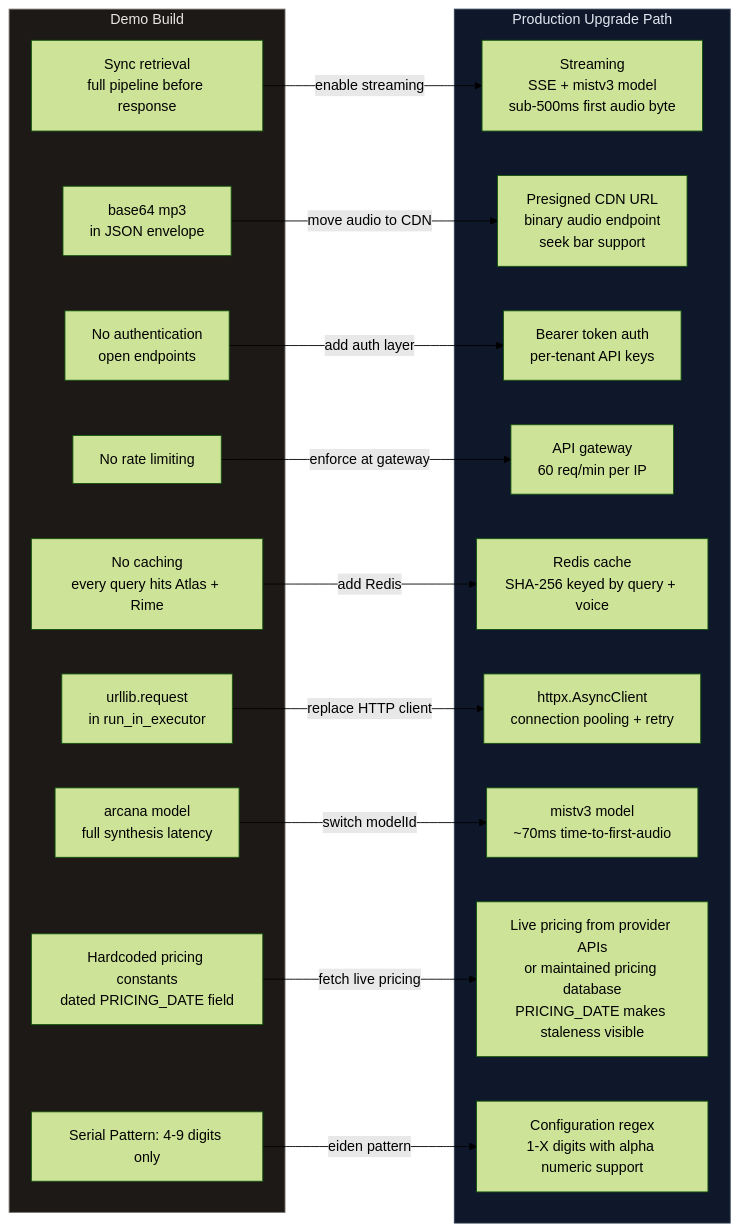
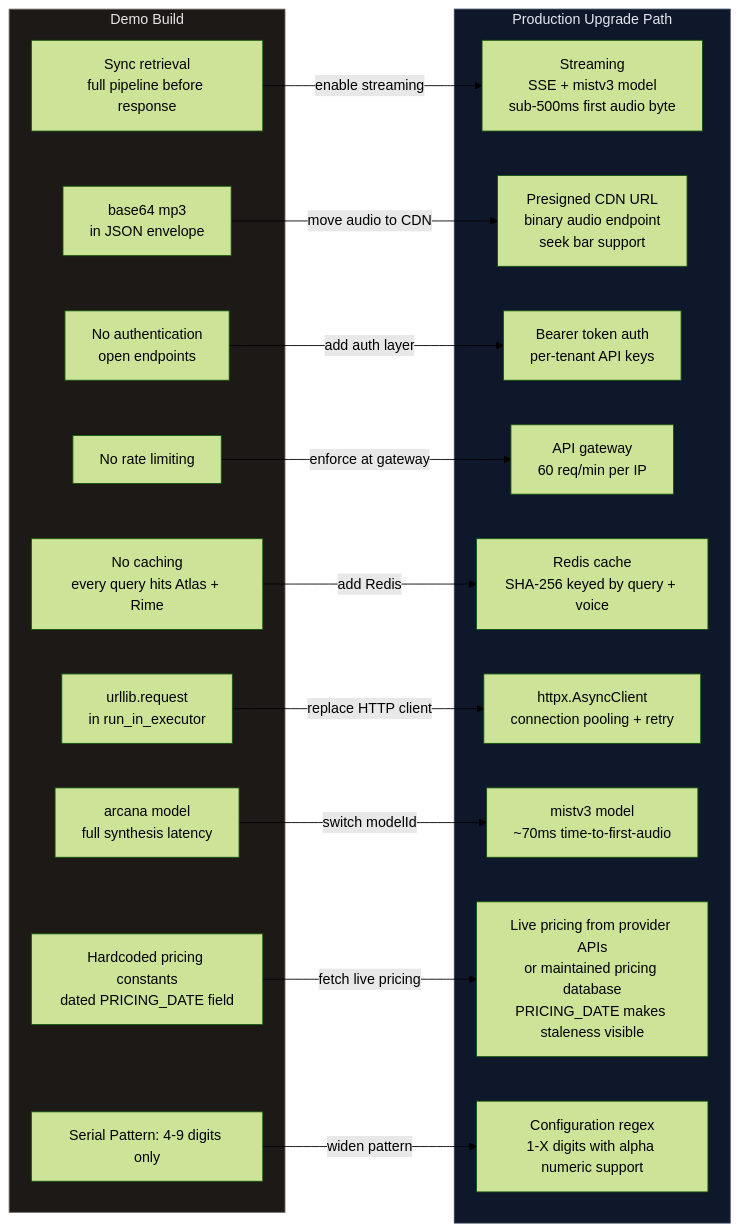
The fourth of 4 diagrams in ARCHITECTURE.md (kenwalger/abiqua-voice-rag), drawn with Mermaid (forest theme) before and after one commit.

Commit message:
Correct typo in ARCHITECTURE.md

````diff
--- a/ARCHITECTURE.md
+++ b/ARCHITECTURE.md
@@ -183,39 +183,39 @@
 ```mermaid
 flowchart LR
     subgraph Demo ["Demo Build"]
         D1[Sync retrieval\nfull pipeline before response]
         D2[base64 mp3\nin JSON envelope]
         D3[No authentication\nopen endpoints]
         D4[No rate limiting]
         D5[No caching\nevery query hits Atlas + Rime]
         D6[urllib.request\nin run_in_executor]
         D7[arcana model\nfull synthesis latency]
         D8[Hardcoded pricing constants\ndated PRICING_DATE field]
         D9[Serial Pattern: 4-9 digits only]
     end
 
     subgraph Production ["Production Upgrade Path"]
         P1[Streaming\nSSE + mistv3 model\nsub-500ms first audio byte]
         P2[Presigned CDN URL\nbinary audio endpoint\nseek bar support]
         P3[Bearer token auth\nper-tenant API keys]
         P4[API gateway\n60 req/min per IP]
         P5[Redis cache\nSHA-256 keyed by query + voice]
         P6[httpx.AsyncClient\nconnection pooling + retry]
         P7[mistv3 model\n~70ms time-to-first-audio]
         P8[Live pricing from provider APIs\nor maintained pricing database\nPRICING_DATE makes staleness visible]
         P9[Configuration regex\n1-X digits with alpha numeric support]
     end
 
     D1 -->|enable streaming| P1
     D2 -->|move audio to CDN| P2
     D3 -->|add auth layer| P3
     D4 -->|enforce at gateway| P4
     D5 -->|add Redis| P5
     D6 -->|replace HTTP client| P6
     D7 -->|switch modelId| P7
     D8 -->|fetch live pricing| P8
-    D9 -->|eiden pattern| P9
+    D9 -->|widen pattern| P9
 
     style Demo fill:#1c1917,stroke:#78716c,color:#e7e5e4
     style Production fill:#0f172a,stroke:#334155,color:#e2e8f0
 ```
````
